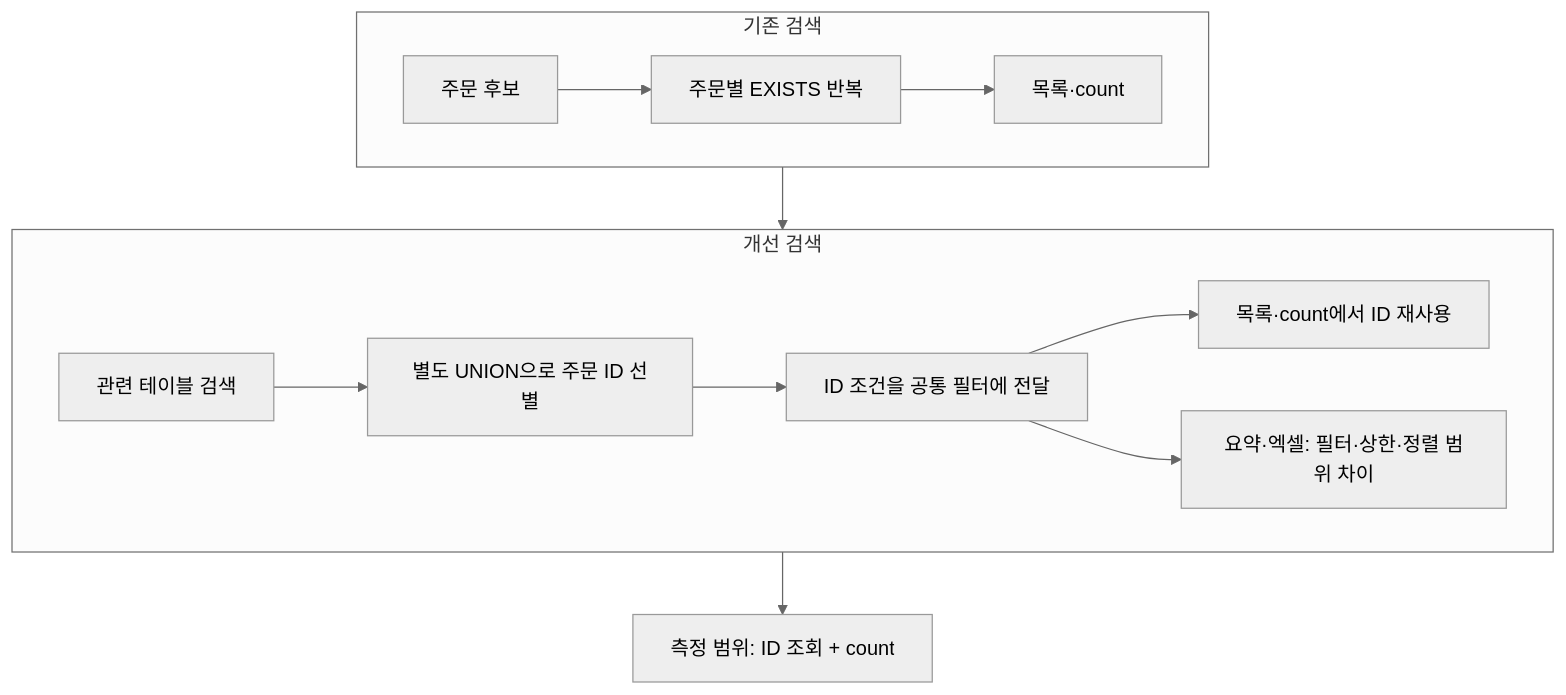
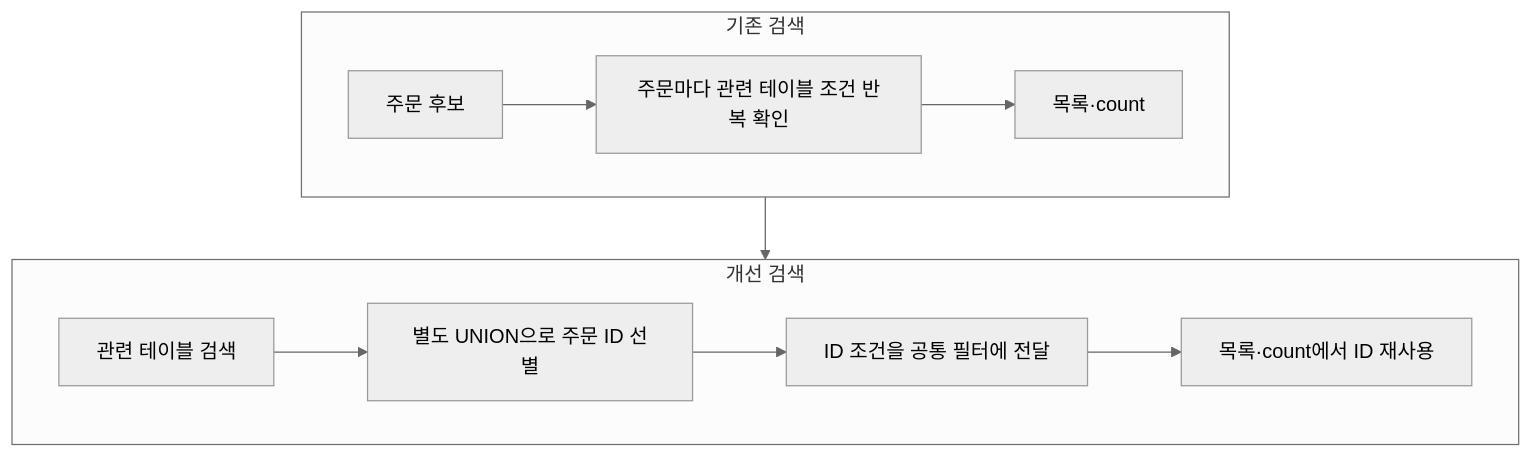
The diagram in src/diagrams/query.mmd (labyrinth30/labyrinth30.github.io), drawn with Mermaid (neutral theme) before and after one commit. The commit also changed 4 other files, not shown here.

```diff
--- a/src/diagrams/query.mmd
+++ b/src/diagrams/query.mmd
@@ -1,13 +1,11 @@
 flowchart TB
   subgraph B[기존 검색]
-    BO[주문 후보] --> BE[주문별 EXISTS 반복]
+    BO[주문 후보] --> BE[주문마다 관련 테이블 조건 반복 확인]
     BE --> BC[목록·count]
   end
   subgraph A[개선 검색]
     AT[관련 테이블 검색] --> AI[별도 UNION으로 주문 ID 선별]
     AI --> AF[ID 조건을 공통 필터에 전달]
     AF --> AC[목록·count에서 ID 재사용]
-    AF --> AX[요약·엑셀: 필터·상한·정렬 범위 차이]
   end
   B --> A
-  A --> M[측정 범위: ID 조회 + count]
```
